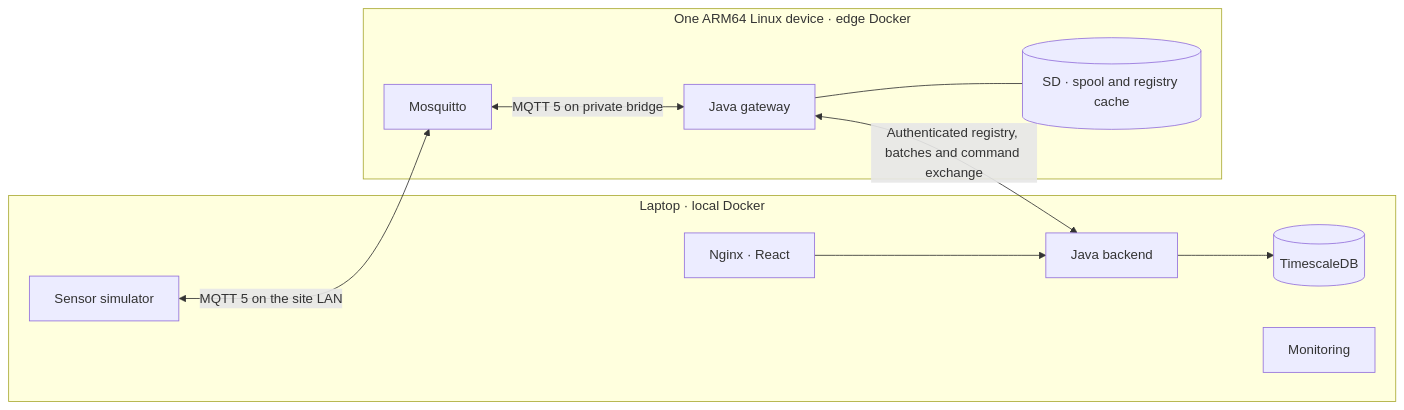
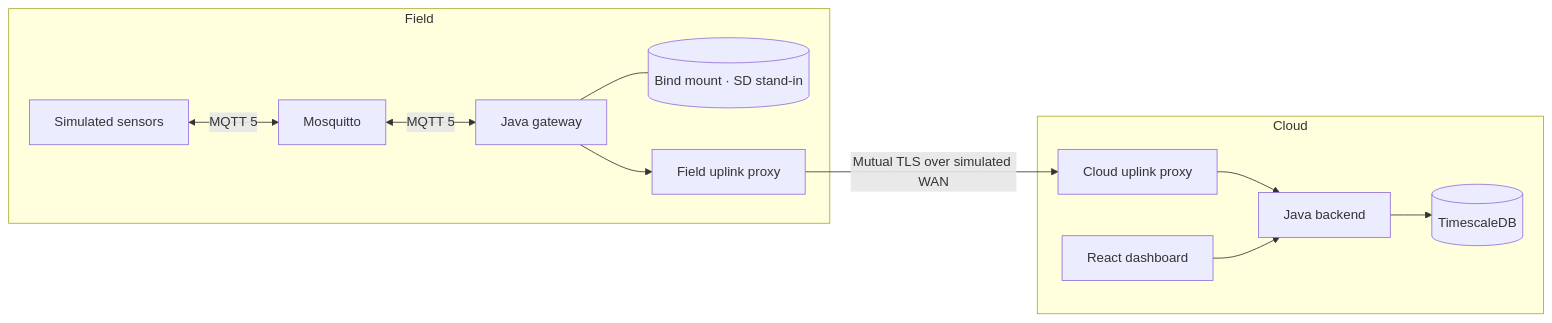
One commit to utkarshmankad/iot-streaming-platform changed the second of 3 diagrams in architecture.md. Above: the diagram before and after it, drawn with Mermaid. The commit also changed other lines of this file and 10 other files, not shown here.

First line of the commit message:
feat: simulate an encrypted field-to-cloud private link (#76)

```diff
--- a/architecture.md
+++ b/architecture.md
@@ -46,21 +48,15 @@
 ~~~mermaid
 flowchart LR
-  subgraph Laptop["Laptop · local Docker"]
-    Sim["Sensor simulator"]
-    API["Java backend"]
-    DB[("TimescaleDB")]
-    Web["Nginx · React"]
-    Monitor["Monitoring"]
-    Web --> API
-    API --> DB
+  subgraph Field
+    Sim["Simulated sensors"] <-->|"MQTT 5"| MQTT["Mosquitto"]
+    MQTT <-->|"MQTT 5"| Gateway["Java gateway"]
+    Gateway --- Storage[("Bind mount · SD stand-in")]
+    Gateway --> Edge["Field uplink proxy"]
   end
-  subgraph ARM["One ARM64 Linux device · edge Docker"]
-    MQTT["Mosquitto"]
-    Gateway["Java gateway"]
-    Card[("SD · spool and registry cache")]
-    MQTT <-->|"MQTT 5 on private bridge"| Gateway
-    Gateway --- Card
+  subgraph Cloud
+    Ingress["Cloud uplink proxy"] --> API["Java backend"]
+    API --> DB[("TimescaleDB")]
+    Web["React dashboard"] --> API
   end
-  Sim <-->|"MQTT 5 on the site LAN"| MQTT
-  Gateway <-->|"Authenticated registry, batches and command exchange"| API
+  Edge -->|"Mutual TLS over simulated WAN"| Ingress
 ~~~
```
